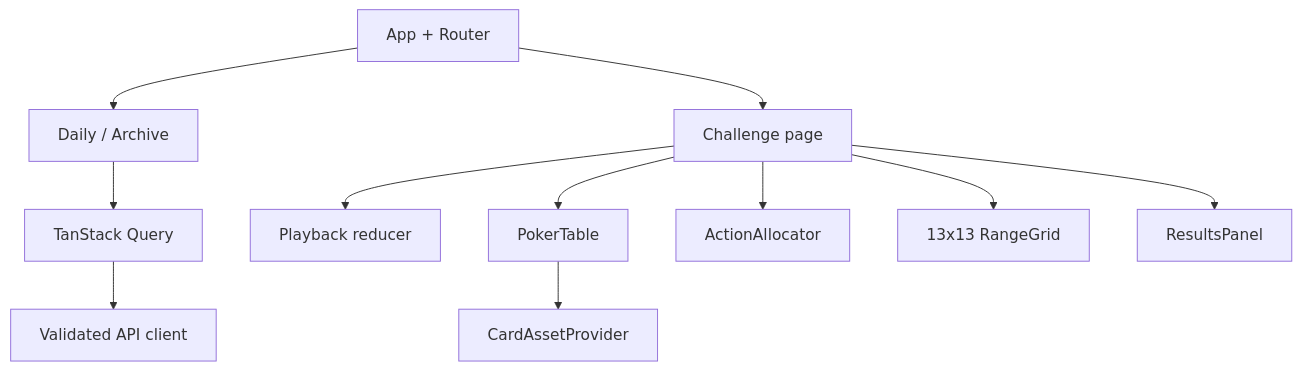
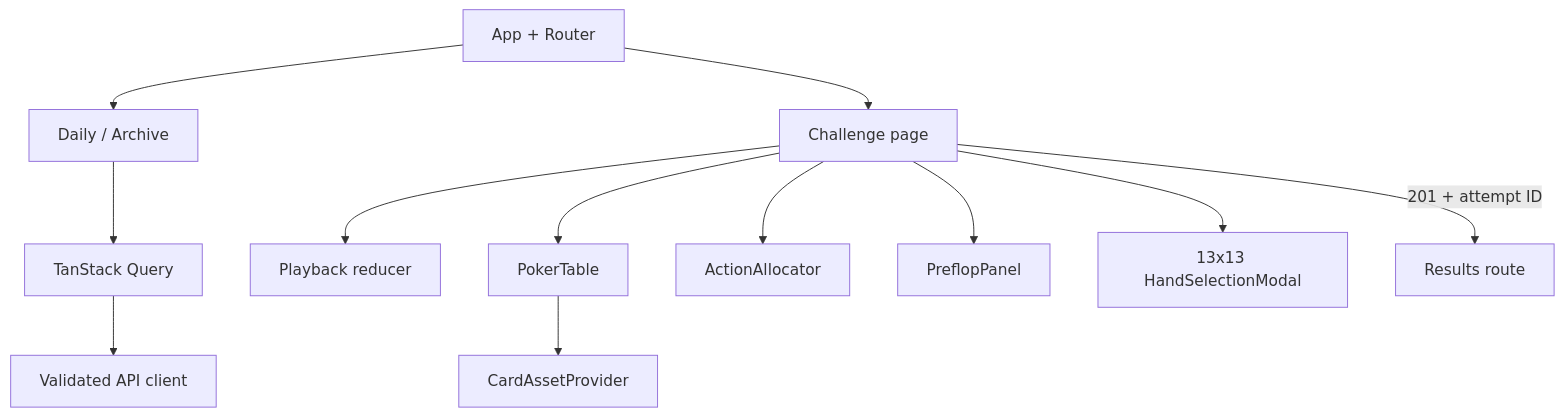
One commit to AnvithPabba/GTO-Poker-Daily-Spots-Front-End changed the first of 4 diagrams in frontend-structure.md. Above: the diagram before and after it, drawn with Mermaid. The commit also changed other lines of this file and 33 other files, not shown here.

````diff
--- a/frontend-structure.md
+++ b/frontend-structure.md
@@ -14,13 +15,14 @@
 ```mermaid
 flowchart TD
     App[App + Router] --> Daily[Daily / Archive]
     App --> Challenge[Challenge page]
     Challenge --> Playback[Playback reducer]
     Challenge --> Table[PokerTable]
     Challenge --> Allocator[ActionAllocator]
-    Challenge --> Range[13x13 RangeGrid]
-    Challenge --> Results[ResultsPanel]
+    Challenge --> Preflop[PreflopPanel]
+    Challenge --> Range[13x13 HandSelectionModal]
+    Challenge -->|201 + attempt ID| Results[Results route]
     Daily --> Query[TanStack Query]
     Query --> API[Validated API client]
     Table --> Cards[CardAssetProvider]
 ```
````
